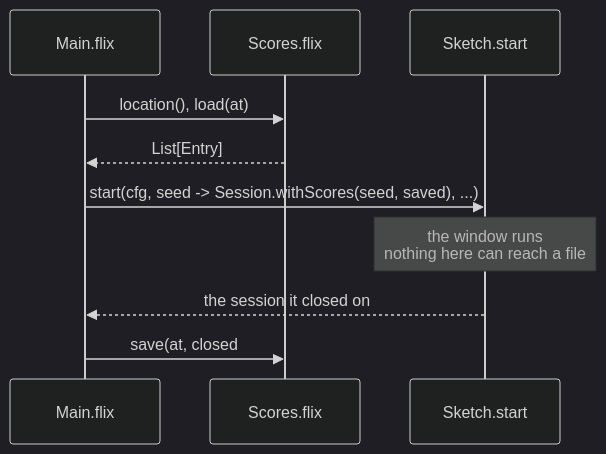
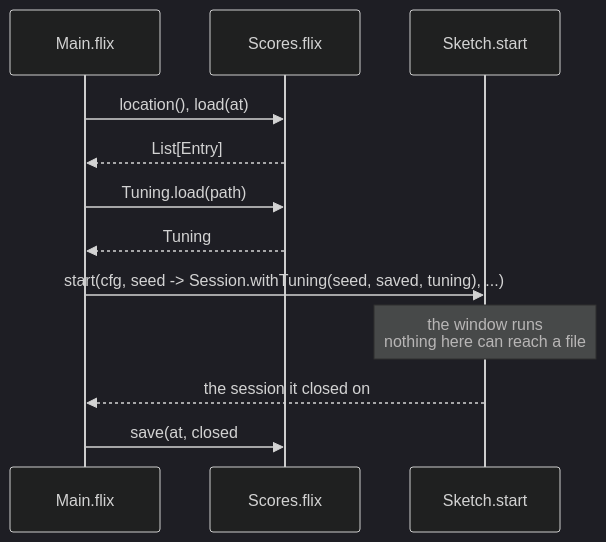
Before and after one commit to wstein/flix-invaders: the second of 5 diagrams in docs/ARCHITECTURE.md, drawn with Mermaid (dark theme). The commit also changed other lines of this file and 2 other files, not shown here.

````diff
--- a/docs/ARCHITECTURE.md
+++ b/docs/ARCHITECTURE.md
@@ -141,12 +157,14 @@
 ```mermaid
 sequenceDiagram
     participant M as Main.flix
     participant S as Scores.flix
     participant W as Sketch.start
     M->>S: location(), load(at)
     S-->>M: List[Entry]
-    M->>W: start(cfg, seed -> Session.withScores(seed, saved), ...)
+    M->>S: Tuning.load(path)
+    S-->>M: Tuning
+    M->>W: start(cfg, seed -> Session.withTuning(seed, saved, tuning), ...)
     Note over W: the window runs<br/>nothing here can reach a file
     W-->>M: the session it closed on
     M->>S: save(at, closed#scores)
 ```
````
